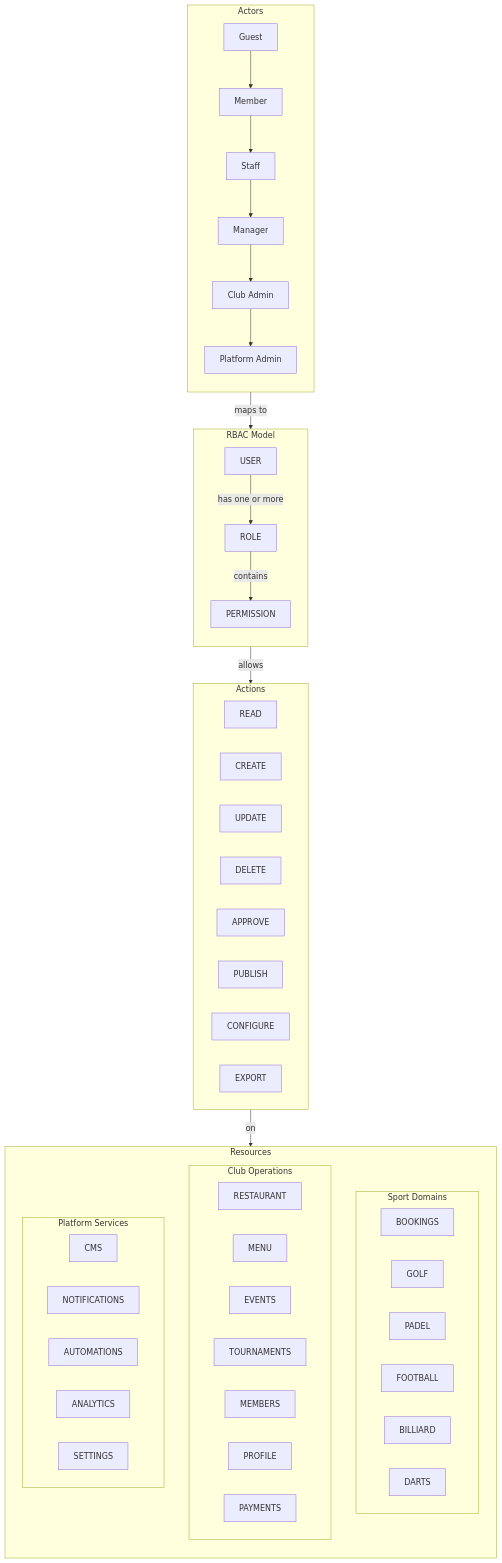
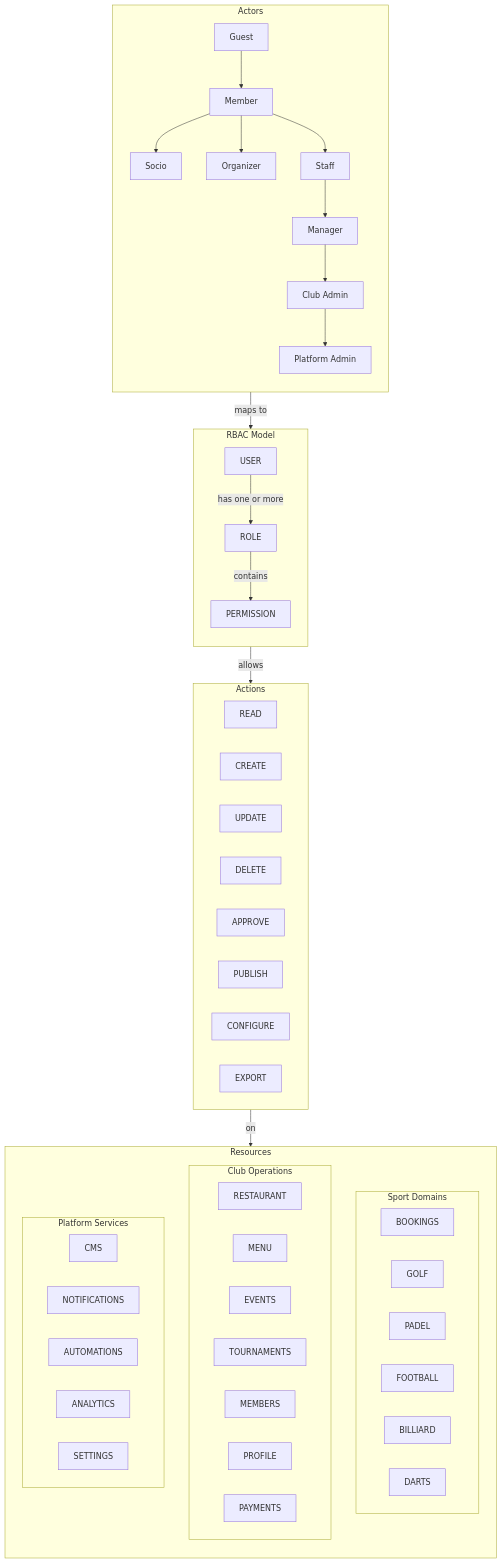
One commit to alexxmagnum/IKON_ECOSYSTEM changed the diagram in docs/diagrams/permissions.mmd. Above: the diagram before and after it, drawn with Mermaid. The commit also changed 12 other files, not shown here.

```diff
--- a/docs/diagrams/permissions.mmd
+++ b/docs/diagrams/permissions.mmd
@@ -1,109 +1,113 @@
 %% ============================================================
-%% IKON Community OS — Conceptual Authorization Model (RBAC)
-%% Source of truth: docs/27_PERMISSIONS.md (+ 00 → 53)
+%% IKON_ECOSYSTEM — Conceptual Authorization Model (RBAC)
+%% Source of truth: docs/27_PERMISSIONS.md · DEC-002 · permission-matrix.md
 %% Scope: roles · permissions · actions · resources
-%% Not SQL · not RLS · not ownership · not dynamic rules
+%% Ownership: BR-0016 · permission-matrix.md
 %% ============================================================
 
 flowchart TB
 
     %% ------------------------------------------------------------
-    %% Privilege ladder — actor levels (conceptual)
-    %% Authorization always flows through ROLE → PERMISSION
+    %% Official roles (DEC-002) — no synonyms
     %% ------------------------------------------------------------
     subgraph ACTORS["Actors"]
         direction TB
         GUEST["Guest"]
         MEMBER["Member"]
+        SOCIO["Socio"]
+        ORGANIZER["Organizer"]
         STAFF["Staff"]
         MANAGER["Manager"]
         CLUB_ADMIN["Club Admin"]
         PLATFORM_ADMIN["Platform Admin"]
 
         GUEST --> MEMBER
+        MEMBER --> SOCIO
+        MEMBER --> ORGANIZER
         MEMBER --> STAFF
         STAFF --> MANAGER
         MANAGER --> CLUB_ADMIN
         CLUB_ADMIN --> PLATFORM_ADMIN
     end
 
     %% ------------------------------------------------------------
     %% RBAC core — no direct user → resource links
     %% ------------------------------------------------------------
     subgraph RBAC["RBAC Model"]
         direction TB
         USER["USER"]
         ROLE["ROLE"]
         PERMISSION["PERMISSION"]
 
         USER -->|"has one or more"| ROLE
         ROLE -->|"contains"| PERMISSION
     end
 
     %% ------------------------------------------------------------
     %% Actions granted by permissions
     %% ------------------------------------------------------------
     subgraph ACTIONS["Actions"]
         direction LR
         READ["READ"]
         CREATE["CREATE"]
         UPDATE["UPDATE"]
         DELETE["DELETE"]
         APPROVE["APPROVE"]
         PUBLISH["PUBLISH"]
         CONFIGURE["CONFIGURE"]
         EXPORT["EXPORT"]
     end
 
     %% ------------------------------------------------------------
     %% Protected resources
     %% ------------------------------------------------------------
     subgraph RESOURCES["Resources"]
         direction TB
 
         subgraph SPORT["Sport Domains"]
             direction LR
             BOOKINGS["BOOKINGS"]
             GOLF["GOLF"]
             PADEL["PADEL"]
             FOOTBALL["FOOTBALL"]
             BILLIARD["BILLIARD"]
             DARTS["DARTS"]
         end
 
         subgraph OPS["Club Operations"]
             direction LR
             RESTAURANT["RESTAURANT"]
             MENU["MENU"]
             EVENTS["EVENTS"]
             TOURNAMENTS["TOURNAMENTS"]
             MEMBERS["MEMBERS"]
             PROFILE["PROFILE"]
             PAYMENTS["PAYMENTS"]
         end
 
         subgraph PLATFORM["Platform Services"]
             direction LR
             CMS["CMS"]
             NOTIFICATIONS["NOTIFICATIONS"]
             AUTOMATIONS["AUTOMATIONS"]
             ANALYTICS["ANALYTICS"]
             SETTINGS["SETTINGS"]
         end
     end
 
     %% ------------------------------------------------------------
     %% Authorization flow
     %% USER → ROLE → PERMISSION → ACTION → RESOURCE
     %% ------------------------------------------------------------
     ACTORS -->|"maps to"| USER
     PERMISSION -->|"allows"| ACTIONS
     ACTIONS -->|"on"| RESOURCES
 
-    %% Scope (conceptual notes — not direct grants):
+    %% Scope (DEC-001 single-tenant v1):
     %% Guest          → public content only
-    %% Member         → own data + authorized features
+    %% Member/Socio   → own data + authorized features
+    %% Organizer      → own experiences/matches
     %% Staff          → operational tasks
     %% Manager        → daily operations
-    %% Club Admin     → own club only
-    %% Platform Admin → full platform access
+    %% Club Admin     → club of this deployment
+    %% Platform Admin → platform operations
```
